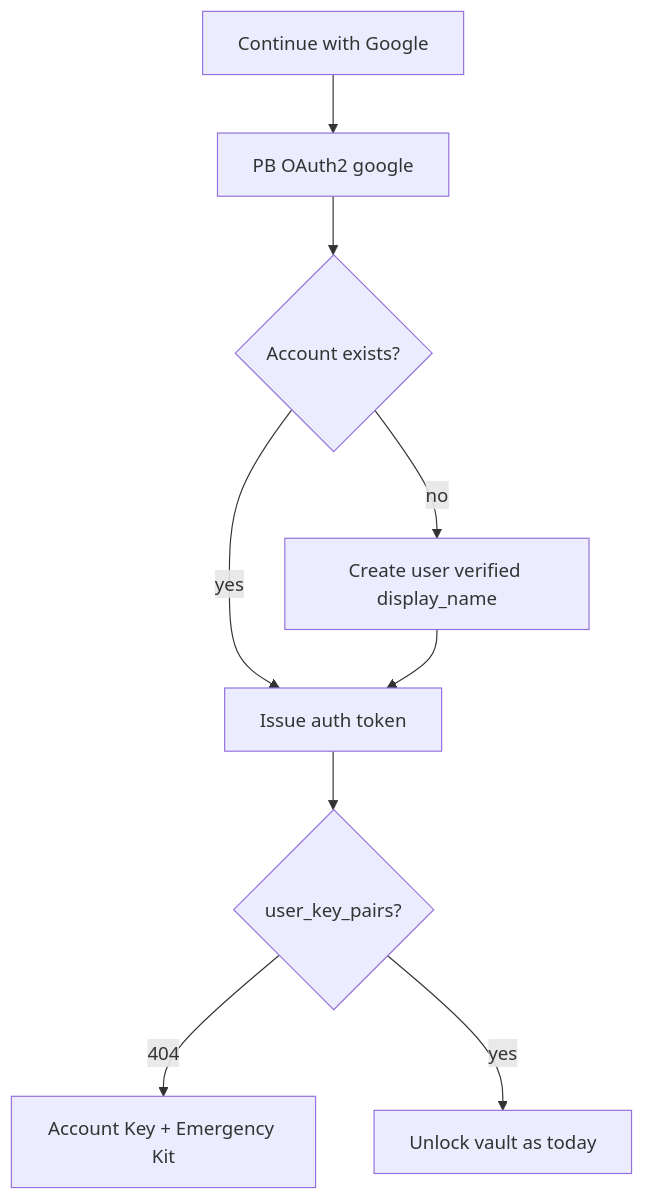
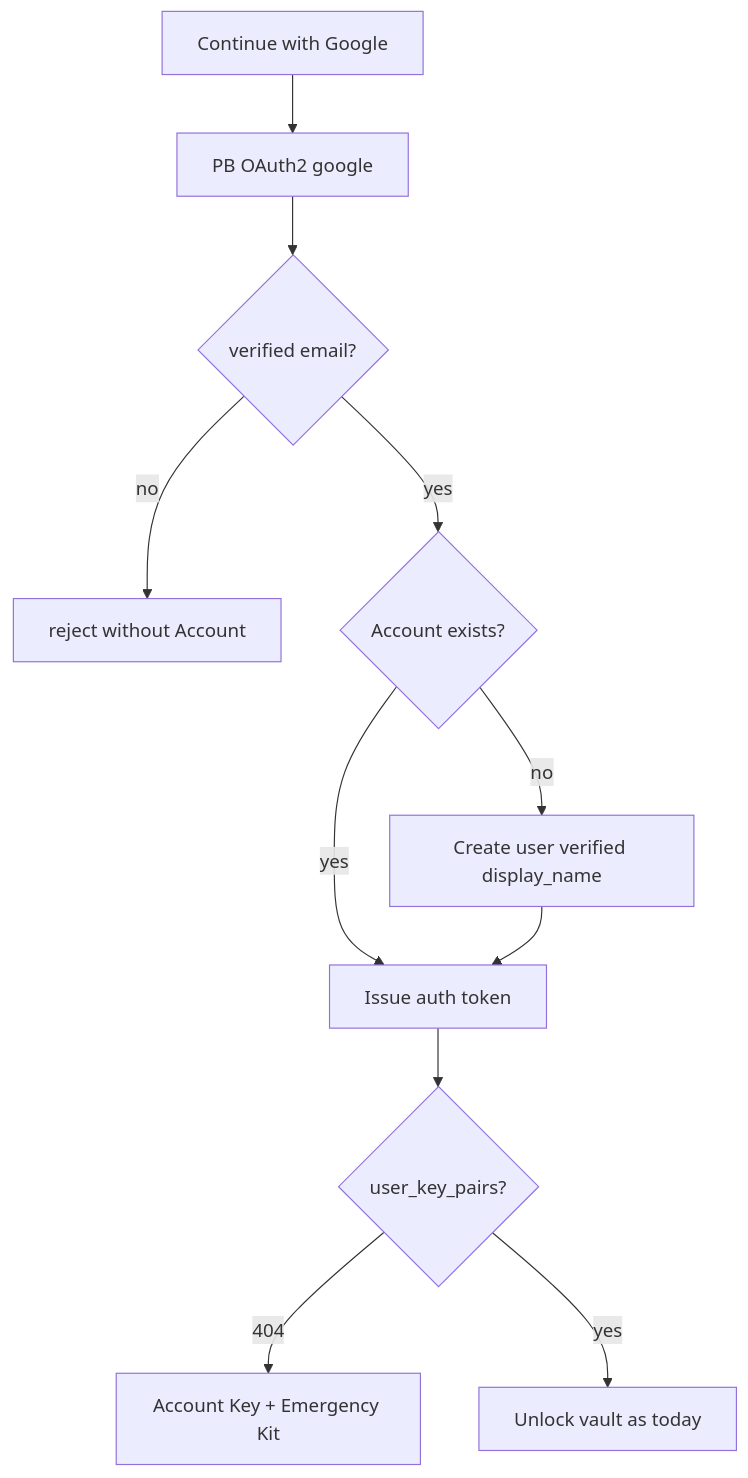
Before and after one commit to cognos-io/chat.cognos.io: the diagram in docs/business_processes/oauth-google-sign-in.md, drawn with Mermaid. The commit also changed other lines of this file and 58 other files, not shown here.

````diff
--- a/docs/business_processes/oauth-google-sign-in.md
+++ b/docs/business_processes/oauth-google-sign-in.md
@@ -34,11 +41,13 @@
 ```mermaid
 flowchart TD
   A[Continue with Google] --> B[PB OAuth2 google]
-  B --> C{Account exists?}
+  B --> V{verified email?}
+  V -- no --> R[reject without Account]
+  V -- yes --> C{Account exists?}
   C -- no --> D[Create user verified display_name]
   C -- yes --> E[Issue auth token]
   D --> E
   E --> F{user_key_pairs?}
   F -- 404 --> G[Account Key + Emergency Kit]
   F -- yes --> H[Unlock vault as today]
 ```
````
